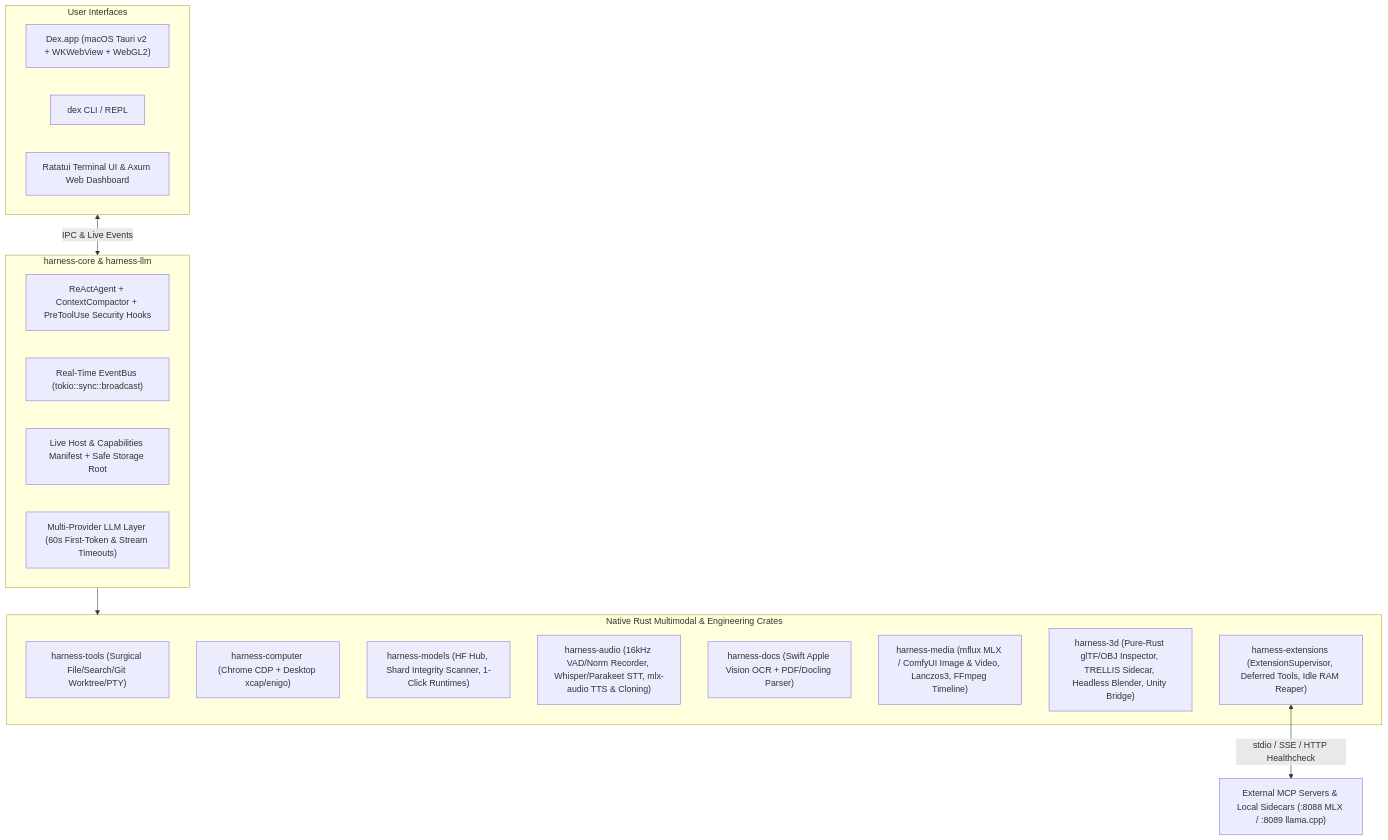
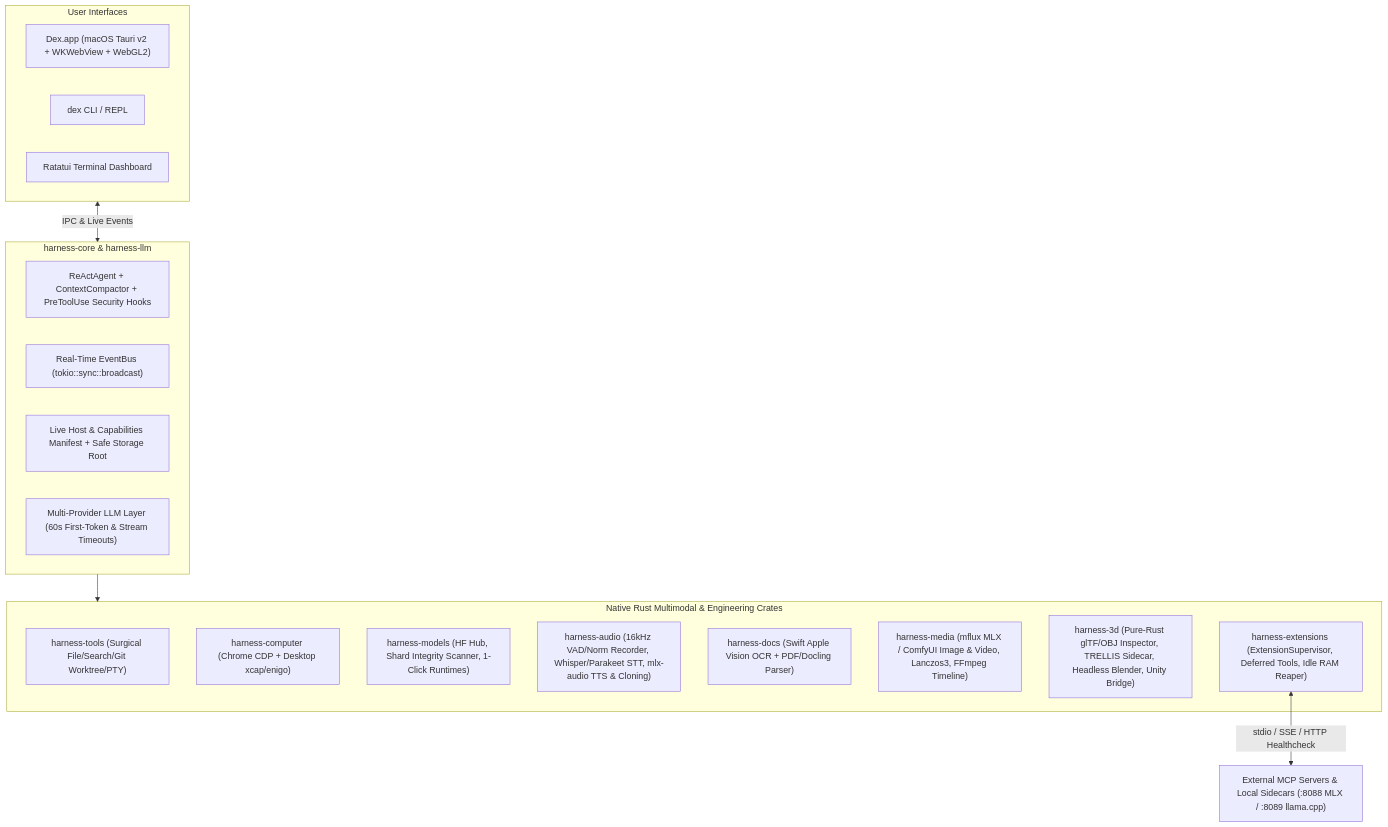
One commit to RobiiAragon/Dex-Harness changed the diagram in README.md. Above: the diagram before and after it, drawn with Mermaid. The commit also changed other lines of this file and 42 other files, not shown here.

First line of the commit message:
Remove web dashboard; make dex CLI and Dex.app local-first and reliable

````diff
--- a/README.md
+++ b/README.md
@@ -50,30 +50,30 @@
 ```mermaid
 flowchart TB
     subgraph UI["User Interfaces"]
         APP["Dex.app (macOS Tauri v2 + WKWebView + WebGL2)"]
         CLI["dex CLI / REPL"]
-        TUI["Ratatui Terminal UI & Axum Web Dashboard"]
+        TUI["Ratatui Terminal Dashboard"]
     end
 
     subgraph CORE["harness-core & harness-llm"]
         AGENT["ReActAgent + ContextCompactor + PreToolUse Security Hooks"]
         BUS["Real-Time EventBus (tokio::sync::broadcast)"]
         MANIFEST["Live Host & Capabilities Manifest + Safe Storage Root"]
         LLM["Multi-Provider LLM Layer (60s First-Token & Stream Timeouts)"]
     end
 
     subgraph STUDIOS["Native Rust Multimodal & Engineering Crates"]
         TOOLS["harness-tools (Surgical File/Search/Git Worktree/PTY)"]
         COMP["harness-computer (Chrome CDP + Desktop xcap/enigo)"]
         MODELS["harness-models (HF Hub, Shard Integrity Scanner, 1-Click Runtimes)"]
         AUDIO["harness-audio (16kHz VAD/Norm Recorder, Whisper/Parakeet STT, mlx-audio TTS & Cloning)"]
         DOCS["harness-docs (Swift Apple Vision OCR + PDF/Docling Parser)"]
         MEDIA["harness-media (mflux MLX / ComfyUI Image & Video, Lanczos3, FFmpeg Timeline)"]
         THREED["harness-3d (Pure-Rust glTF/OBJ Inspector, TRELLIS Sidecar, Headless Blender, Unity Bridge)"]
         EXT["harness-extensions (ExtensionSupervisor, Deferred Tools, Idle RAM Reaper)"]
     end
 
     UI <-->|IPC & Live Events| CORE
     CORE --> STUDIOS
     EXT <-->|stdio / SSE / HTTP Healthcheck| MCP["External MCP Servers & Local Sidecars (:8088 MLX / :8089 llama.cpp)"]
 ```
````
